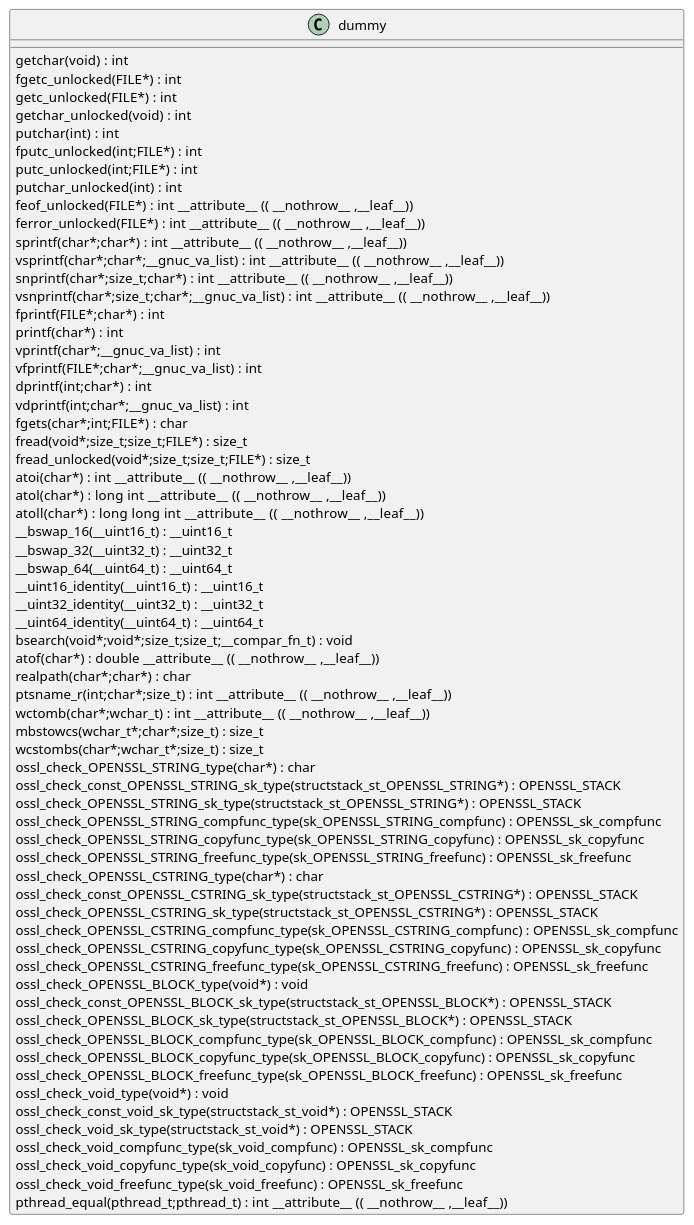
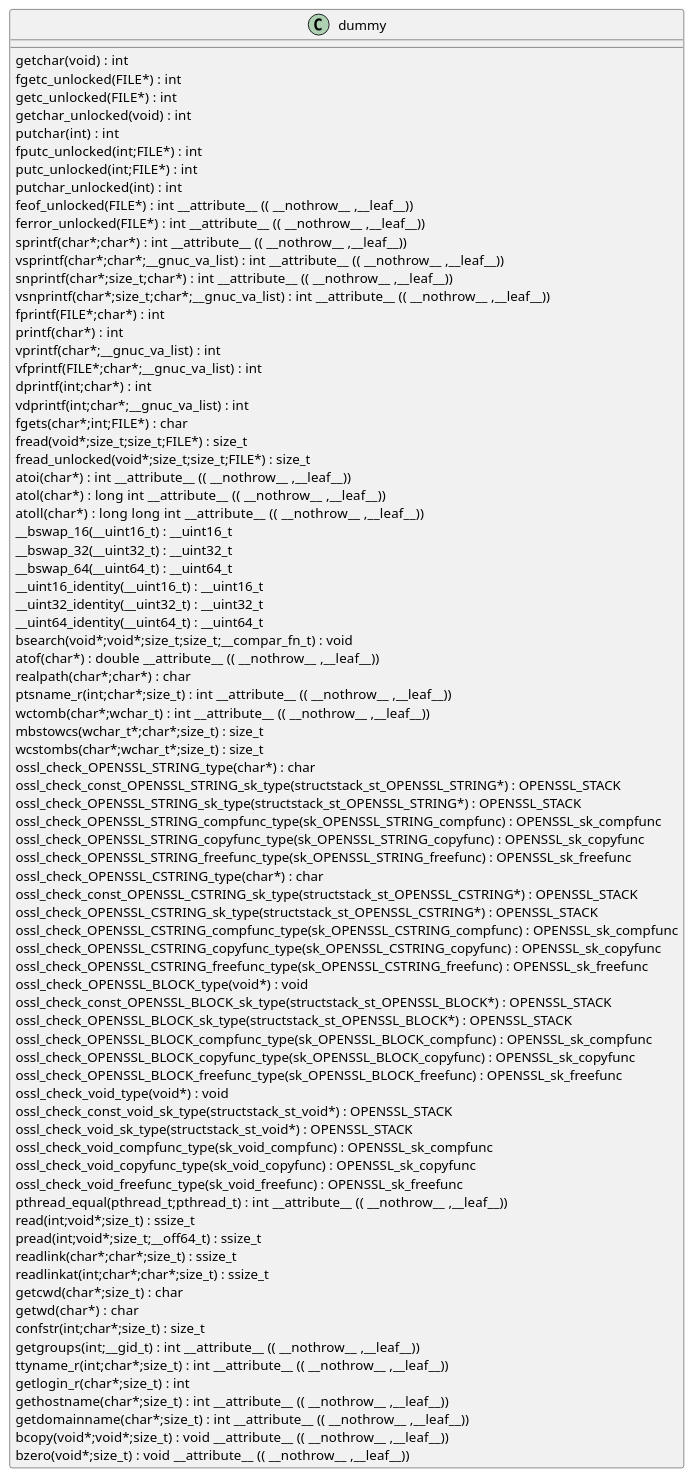
Before and after one commit to qualitesys/openssl: the diagram in docs/qc/crypto/bio/bss_file.c.puml, drawn with PlantUML. The commit also changed 3667 other files, not shown here.

```diff
--- a/docs/qc/crypto/bio/bss_file.c.puml
+++ b/docs/qc/crypto/bio/bss_file.c.puml
@@ -1,69 +1,83 @@
 @startuml
 !pragma layout smetana
 class dummy {
 getchar(void) :  int  [[[./../../.././qc/crypto/bio/bss_file.c.html#730]]]
 fgetc_unlocked(FILE*) :  int  [[[./../../.././qc/crypto/bio/bss_file.c.html#739]]]
 getc_unlocked(FILE*) :  int  [[[./../../.././qc/crypto/bio/bss_file.c.html#749]]]
 getchar_unlocked(void) :  int  [[[./../../.././qc/crypto/bio/bss_file.c.html#756]]]
 putchar(int) :  int  [[[./../../.././qc/crypto/bio/bss_file.c.html#765]]]
 fputc_unlocked(int;FILE*) :  int  [[[./../../.././qc/crypto/bio/bss_file.c.html#774]]]
 putc_unlocked(int;FILE*) :  int  [[[./../../.././qc/crypto/bio/bss_file.c.html#784]]]
 putchar_unlocked(int) :  int  [[[./../../.././qc/crypto/bio/bss_file.c.html#791]]]
 feof_unlocked(FILE*) :  int  __attribute__ (( __nothrow__ ,__leaf__)) [[[./../../.././qc/crypto/bio/bss_file.c.html#797]]]
 ferror_unlocked(FILE*) :  int  __attribute__ (( __nothrow__ ,__leaf__)) [[[./../../.././qc/crypto/bio/bss_file.c.html#804]]]
 sprintf(char*;char*) :  int  __attribute__ (( __nothrow__ ,__leaf__)) [[[./../../.././qc/crypto/bio/bss_file.c.html#823]]]
 vsprintf(char*;char*;__gnuc_va_list) :  int  __attribute__ (( __nothrow__ ,__leaf__)) [[[./../../.././qc/crypto/bio/bss_file.c.html#836]]]
 snprintf(char*;size_t;char*) :  int  __attribute__ (( __nothrow__ ,__leaf__)) [[[./../../.././qc/crypto/bio/bss_file.c.html#855]]]
 vsnprintf(char*;size_t;char*;__gnuc_va_list) :  int  __attribute__ (( __nothrow__ ,__leaf__)) [[[./../../.././qc/crypto/bio/bss_file.c.html#869]]]
 fprintf(FILE*;char*) :  int  [[[./../../.././qc/crypto/bio/bss_file.c.html#890]]]
 printf(char*) :  int  [[[./../../.././qc/crypto/bio/bss_file.c.html#897]]]
 vprintf(char*;__gnuc_va_list) :  int  [[[./../../.././qc/crypto/bio/bss_file.c.html#909]]]
 vfprintf(FILE*;char*;__gnuc_va_list) :  int  [[[./../../.././qc/crypto/bio/bss_file.c.html#919]]]
 dprintf(int;char*) :  int  [[[./../../.././qc/crypto/bio/bss_file.c.html#934]]]
 vdprintf(int;char*;__gnuc_va_list) :  int  [[[./../../.././qc/crypto/bio/bss_file.c.html#945]]]
 fgets(char*;int;FILE*) :  char  [[[./../../.././qc/crypto/bio/bss_file.c.html#964]]]
 fread(void*;size_t;size_t;FILE*) : size_t [[[./../../.././qc/crypto/bio/bss_file.c.html#990]]]
 fread_unlocked(void*;size_t;size_t;FILE*) : size_t [[[./../../.././qc/crypto/bio/bss_file.c.html#1017]]]
 atoi(char*) :  int  __attribute__ (( __nothrow__ ,__leaf__)) [[[./../../.././qc/crypto/bio/bss_file.c.html#1412]]]
 atol(char*) :  long  int  __attribute__ (( __nothrow__ ,__leaf__)) [[[./../../.././qc/crypto/bio/bss_file.c.html#1417]]]
 atoll(char*) :  long  long  int  __attribute__ (( __nothrow__ ,__leaf__)) [[[./../../.././qc/crypto/bio/bss_file.c.html#1424]]]
 __bswap_16(__uint16_t) : __uint16_t [[[./../../.././qc/crypto/bio/bss_file.c.html#1573]]]
 __bswap_32(__uint32_t) : __uint32_t [[[./../../.././qc/crypto/bio/bss_file.c.html#1588]]]
 __bswap_64(__uint64_t) : __uint64_t [[[./../../.././qc/crypto/bio/bss_file.c.html#1598]]]
 __uint16_identity(__uint16_t) : __uint16_t [[[./../../.././qc/crypto/bio/bss_file.c.html#1610]]]
 __uint32_identity(__uint32_t) : __uint32_t [[[./../../.././qc/crypto/bio/bss_file.c.html#1616]]]
 __uint64_identity(__uint64_t) : __uint64_t [[[./../../.././qc/crypto/bio/bss_file.c.html#1622]]]
 bsearch(void*;void*;size_t;size_t;__compar_fn_t) :  void  [[[./../../.././qc/crypto/bio/bss_file.c.html#2287]]]
 atof(char*) :  double  __attribute__ (( __nothrow__ ,__leaf__)) [[[./../../.././qc/crypto/bio/bss_file.c.html#1]]]
 realpath(char*;char*) :  char  [[[./../../.././qc/crypto/bio/bss_file.c.html#1]]]
 ptsname_r(int;char*;size_t) :  int  __attribute__ (( __nothrow__ ,__leaf__)) [[[./../../.././qc/crypto/bio/bss_file.c.html#1]]]
 wctomb(char*;wchar_t) :  int  __attribute__ (( __nothrow__ ,__leaf__)) [[[./../../.././qc/crypto/bio/bss_file.c.html#1]]]
 mbstowcs(wchar_t*;char*;size_t) : size_t [[[./../../.././qc/crypto/bio/bss_file.c.html#1]]]
 wcstombs(char*;wchar_t*;size_t) : size_t [[[./../../.././qc/crypto/bio/bss_file.c.html#1]]]
 ossl_check_OPENSSL_STRING_type(char*) :  char  [[[./../../.././qc/crypto/bio/bss_file.c.html#1]]]
 ossl_check_const_OPENSSL_STRING_sk_type(structstack_st_OPENSSL_STRING*) : OPENSSL_STACK [[[./../../.././qc/crypto/bio/bss_file.c.html#1]]]
 ossl_check_OPENSSL_STRING_sk_type(structstack_st_OPENSSL_STRING*) : OPENSSL_STACK [[[./../../.././qc/crypto/bio/bss_file.c.html#1]]]
 ossl_check_OPENSSL_STRING_compfunc_type(sk_OPENSSL_STRING_compfunc) : OPENSSL_sk_compfunc [[[./../../.././qc/crypto/bio/bss_file.c.html#1]]]
 ossl_check_OPENSSL_STRING_copyfunc_type(sk_OPENSSL_STRING_copyfunc) : OPENSSL_sk_copyfunc [[[./../../.././qc/crypto/bio/bss_file.c.html#1]]]
 ossl_check_OPENSSL_STRING_freefunc_type(sk_OPENSSL_STRING_freefunc) : OPENSSL_sk_freefunc [[[./../../.././qc/crypto/bio/bss_file.c.html#1]]]
 ossl_check_OPENSSL_CSTRING_type(char*) :  char  [[[./../../.././qc/crypto/bio/bss_file.c.html#1]]]
 ossl_check_const_OPENSSL_CSTRING_sk_type(structstack_st_OPENSSL_CSTRING*) : OPENSSL_STACK [[[./../../.././qc/crypto/bio/bss_file.c.html#1]]]
 ossl_check_OPENSSL_CSTRING_sk_type(structstack_st_OPENSSL_CSTRING*) : OPENSSL_STACK [[[./../../.././qc/crypto/bio/bss_file.c.html#1]]]
 ossl_check_OPENSSL_CSTRING_compfunc_type(sk_OPENSSL_CSTRING_compfunc) : OPENSSL_sk_compfunc [[[./../../.././qc/crypto/bio/bss_file.c.html#1]]]
 ossl_check_OPENSSL_CSTRING_copyfunc_type(sk_OPENSSL_CSTRING_copyfunc) : OPENSSL_sk_copyfunc [[[./../../.././qc/crypto/bio/bss_file.c.html#1]]]
 ossl_check_OPENSSL_CSTRING_freefunc_type(sk_OPENSSL_CSTRING_freefunc) : OPENSSL_sk_freefunc [[[./../../.././qc/crypto/bio/bss_file.c.html#1]]]
 ossl_check_OPENSSL_BLOCK_type(void*) :  void  [[[./../../.././qc/crypto/bio/bss_file.c.html#1]]]
 ossl_check_const_OPENSSL_BLOCK_sk_type(structstack_st_OPENSSL_BLOCK*) : OPENSSL_STACK [[[./../../.././qc/crypto/bio/bss_file.c.html#1]]]
 ossl_check_OPENSSL_BLOCK_sk_type(structstack_st_OPENSSL_BLOCK*) : OPENSSL_STACK [[[./../../.././qc/crypto/bio/bss_file.c.html#1]]]
 ossl_check_OPENSSL_BLOCK_compfunc_type(sk_OPENSSL_BLOCK_compfunc) : OPENSSL_sk_compfunc [[[./../../.././qc/crypto/bio/bss_file.c.html#1]]]
 ossl_check_OPENSSL_BLOCK_copyfunc_type(sk_OPENSSL_BLOCK_copyfunc) : OPENSSL_sk_copyfunc [[[./../../.././qc/crypto/bio/bss_file.c.html#1]]]
 ossl_check_OPENSSL_BLOCK_freefunc_type(sk_OPENSSL_BLOCK_freefunc) : OPENSSL_sk_freefunc [[[./../../.././qc/crypto/bio/bss_file.c.html#1]]]
 ossl_check_void_type(void*) :  void  [[[./../../.././qc/crypto/bio/bss_file.c.html#1]]]
 ossl_check_const_void_sk_type(structstack_st_void*) : OPENSSL_STACK [[[./../../.././qc/crypto/bio/bss_file.c.html#1]]]
 ossl_check_void_sk_type(structstack_st_void*) : OPENSSL_STACK [[[./../../.././qc/crypto/bio/bss_file.c.html#1]]]
 ossl_check_void_compfunc_type(sk_void_compfunc) : OPENSSL_sk_compfunc [[[./../../.././qc/crypto/bio/bss_file.c.html#1]]]
 ossl_check_void_copyfunc_type(sk_void_copyfunc) : OPENSSL_sk_copyfunc [[[./../../.././qc/crypto/bio/bss_file.c.html#1]]]
 ossl_check_void_freefunc_type(sk_void_freefunc) : OPENSSL_sk_freefunc [[[./../../.././qc/crypto/bio/bss_file.c.html#1]]]
 pthread_equal(pthread_t;pthread_t) :  int  __attribute__ (( __nothrow__ ,__leaf__)) [[[./../../.././qc/crypto/bio/bss_file.c.html#1]]]
+read(int;void*;size_t) : ssize_t [[[./../../.././qc/crypto/bio/bss_file.c.html#1]]]
+pread(int;void*;size_t;__off64_t) : ssize_t [[[./../../.././qc/crypto/bio/bss_file.c.html#1]]]
+readlink(char*;char*;size_t) : ssize_t [[[./../../.././qc/crypto/bio/bss_file.c.html#1]]]
+readlinkat(int;char*;char*;size_t) : ssize_t [[[./../../.././qc/crypto/bio/bss_file.c.html#1]]]
+getcwd(char*;size_t) :  char  [[[./../../.././qc/crypto/bio/bss_file.c.html#1]]]
+getwd(char*) :  char  [[[./../../.././qc/crypto/bio/bss_file.c.html#1]]]
+confstr(int;char*;size_t) : size_t [[[./../../.././qc/crypto/bio/bss_file.c.html#1]]]
+getgroups(int;__gid_t) :  int  __attribute__ (( __nothrow__ ,__leaf__)) [[[./../../.././qc/crypto/bio/bss_file.c.html#1]]]
+ttyname_r(int;char*;size_t) :  int  __attribute__ (( __nothrow__ ,__leaf__)) [[[./../../.././qc/crypto/bio/bss_file.c.html#1]]]
+getlogin_r(char*;size_t) :  int  [[[./../../.././qc/crypto/bio/bss_file.c.html#1]]]
+gethostname(char*;size_t) :  int  __attribute__ (( __nothrow__ ,__leaf__)) [[[./../../.././qc/crypto/bio/bss_file.c.html#1]]]
+getdomainname(char*;size_t) :  int  __attribute__ (( __nothrow__ ,__leaf__)) [[[./../../.././qc/crypto/bio/bss_file.c.html#1]]]
+bcopy(void*;void*;size_t) :  void  __attribute__ (( __nothrow__ ,__leaf__)) [[[./../../.././qc/crypto/bio/bss_file.c.html#1]]]
+bzero(void*;size_t) :  void  __attribute__ (( __nothrow__ ,__leaf__)) [[[./../../.././qc/crypto/bio/bss_file.c.html#1]]]
 } 
 @enduml
```
